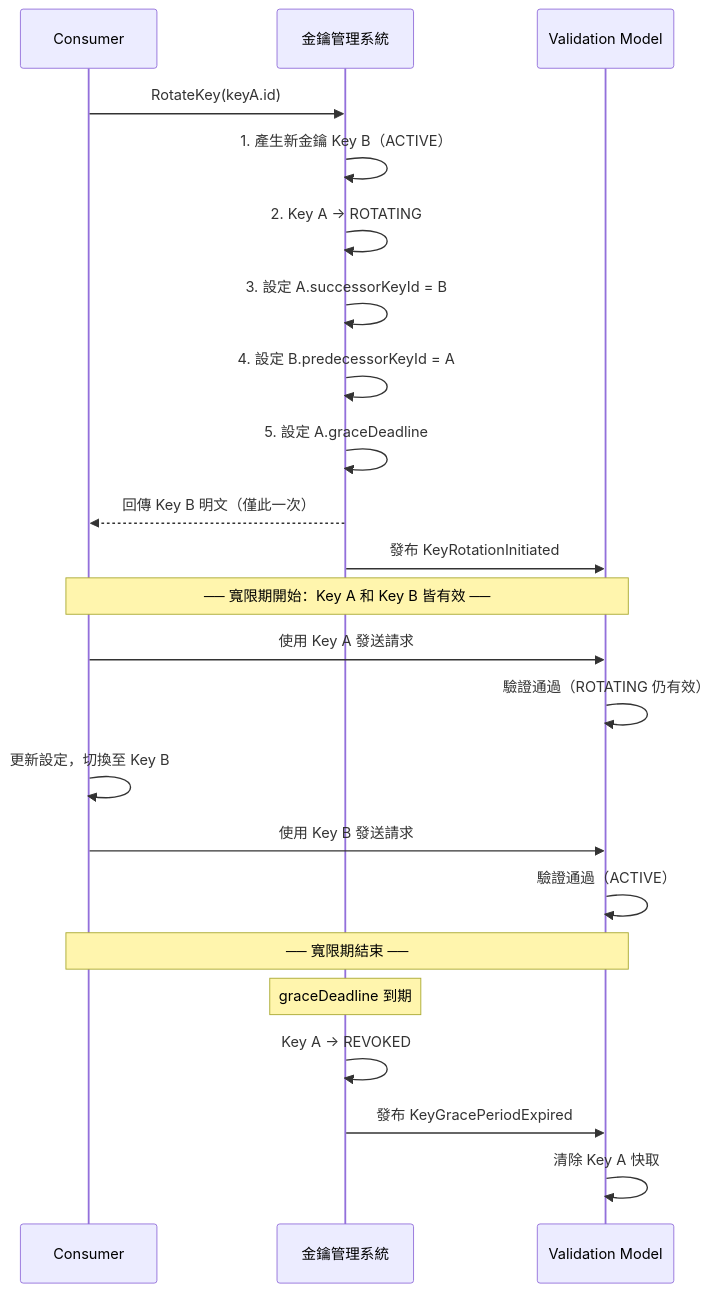
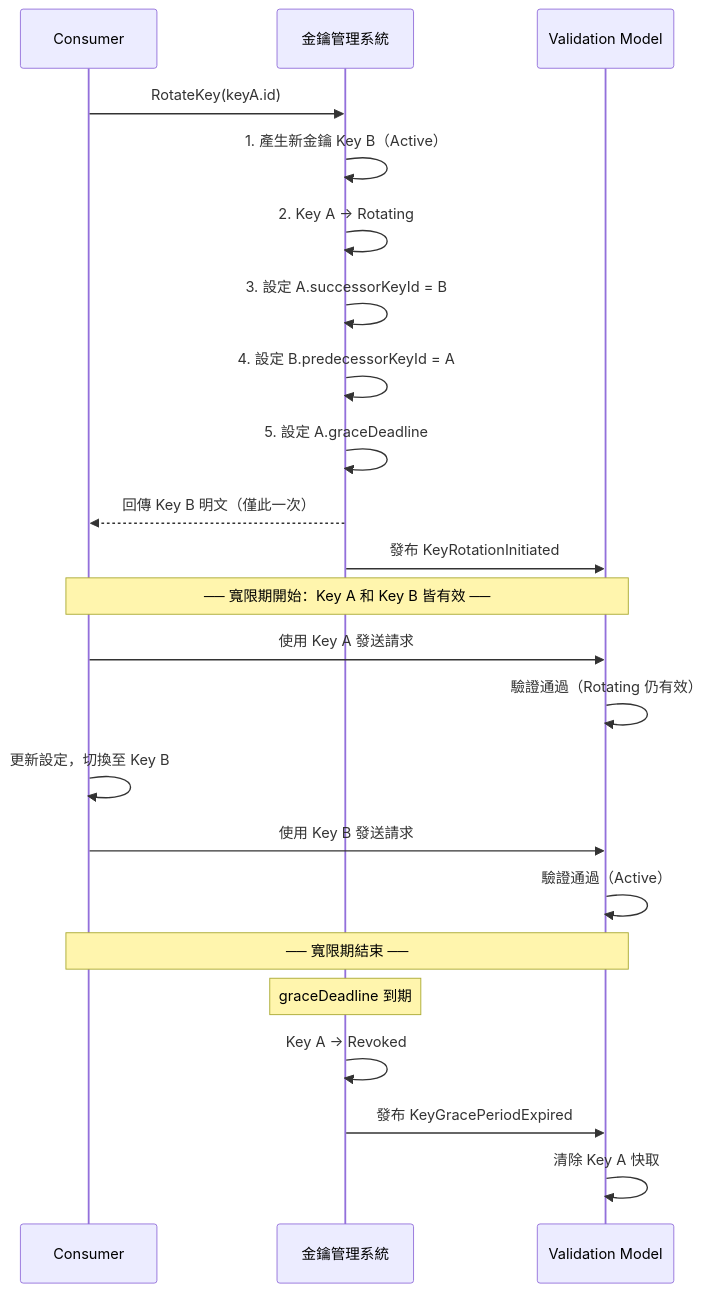
Before and after one commit to jame2408/api-protection: the sixth of 17 diagrams in docs/design/design-doc.md, drawn with Mermaid. The commit also changed other lines of this file and 28 other files, not shown here.

````diff
--- a/docs/design/design-doc.md
+++ b/docs/design/design-doc.md
@@ -674,28 +674,28 @@
 ```mermaid
 sequenceDiagram
     participant C as Consumer
     participant KM as 金鑰管理系統
     participant VM as Validation Model
 
     C->>KM: RotateKey(keyA.id)
-    KM->>KM: 1. 產生新金鑰 Key B（ACTIVE）
-    KM->>KM: 2. Key A → ROTATING
+    KM->>KM: 1. 產生新金鑰 Key B（Active）
+    KM->>KM: 2. Key A → Rotating
     KM->>KM: 3. 設定 A.successorKeyId = B
     KM->>KM: 4. 設定 B.predecessorKeyId = A
     KM->>KM: 5. 設定 A.graceDeadline
     KM-->>C: 回傳 Key B 明文（僅此一次）
     KM->>VM: 發布 KeyRotationInitiated
 
     Note over C,VM: ── 寬限期開始：Key A 和 Key B 皆有效 ──
     C->>VM: 使用 Key A 發送請求
-    VM->>VM: 驗證通過（ROTATING 仍有效）
+    VM->>VM: 驗證通過（Rotating 仍有效）
     C->>C: 更新設定，切換至 Key B
     C->>VM: 使用 Key B 發送請求
-    VM->>VM: 驗證通過（ACTIVE）
+    VM->>VM: 驗證通過（Active）
     Note over C,VM: ── 寬限期結束 ──
 
     Note over KM: graceDeadline 到期
-    KM->>KM: Key A → REVOKED
+    KM->>KM: Key A → Revoked
     KM->>VM: 發布 KeyGracePeriodExpired
     VM->>VM: 清除 Key A 快取
 ```
````
